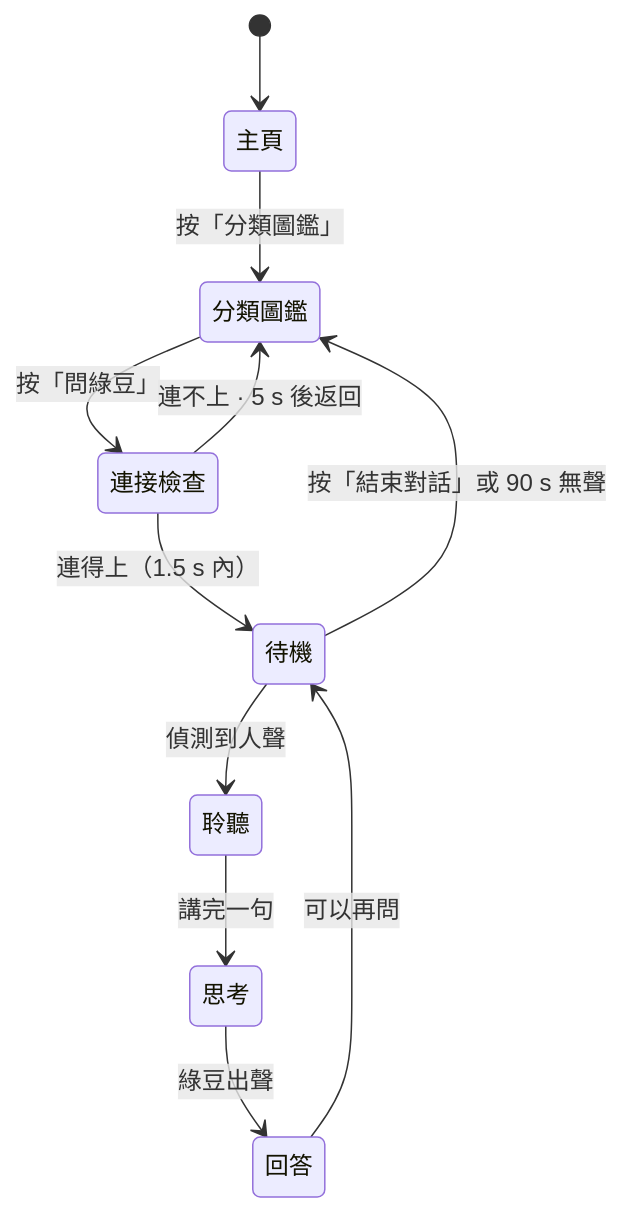
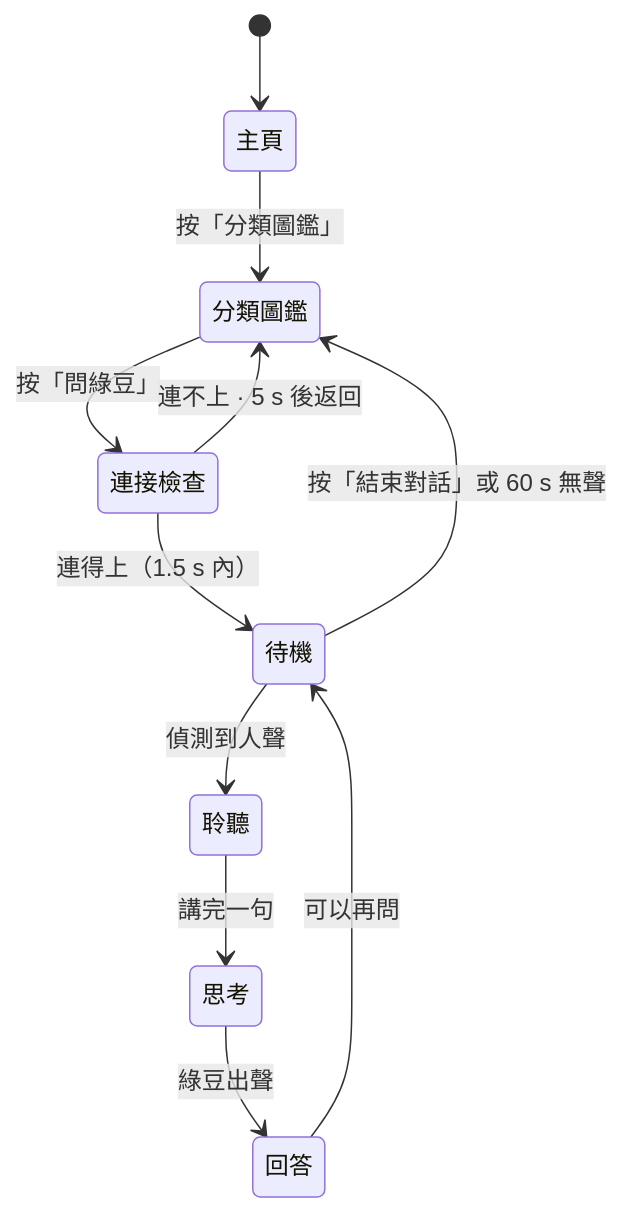
The diagram in docs/ui/info-mode-flow.md (Bruiseunderskin/smart-trash-can), drawn with Mermaid before and after one commit. The commit also changed 64 other files, not shown here.

````diff
--- a/docs/ui/info-mode-flow.md
+++ b/docs/ui/info-mode-flow.md
@@ -30,13 +30,13 @@
 ```mermaid
 stateDiagram-v2
     [*] --> 主頁
     主頁 --> 分類圖鑑: 按「分類圖鑑」
     分類圖鑑 --> 連接檢查: 按「問綠豆」
     連接檢查 --> 待機: 連得上（1.5 s 內）
     連接檢查 --> 分類圖鑑: 連不上 · 5 s 後返回
     待機 --> 聆聽: 偵測到人聲
     聆聽 --> 思考: 講完一句
     思考 --> 回答: 綠豆出聲
     回答 --> 待機: 可以再問
-    待機 --> 分類圖鑑: 按「結束對話」或 90 s 無聲
+    待機 --> 分類圖鑑: 按「結束對話」或 60 s 無聲
 ```
````
